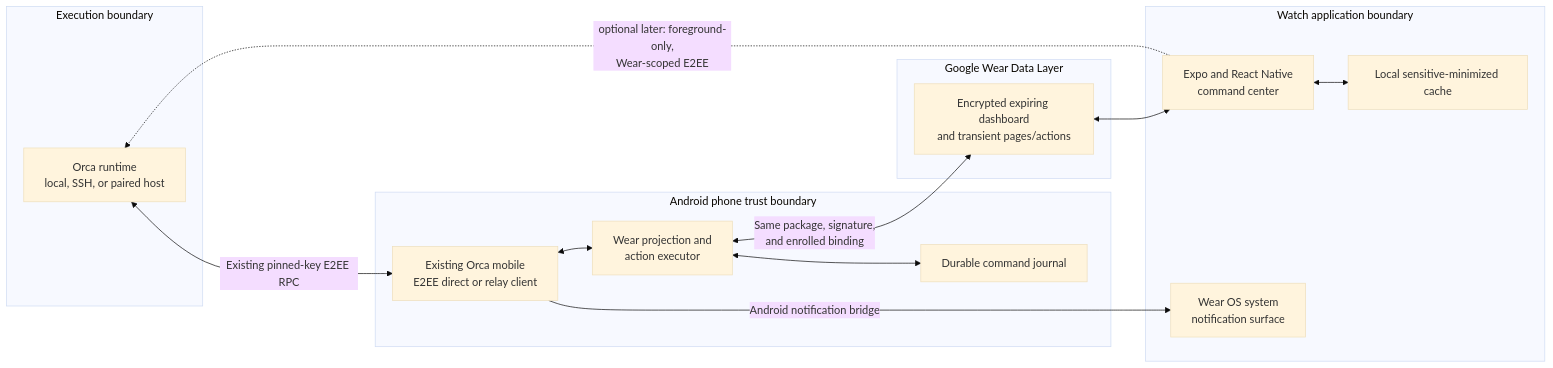
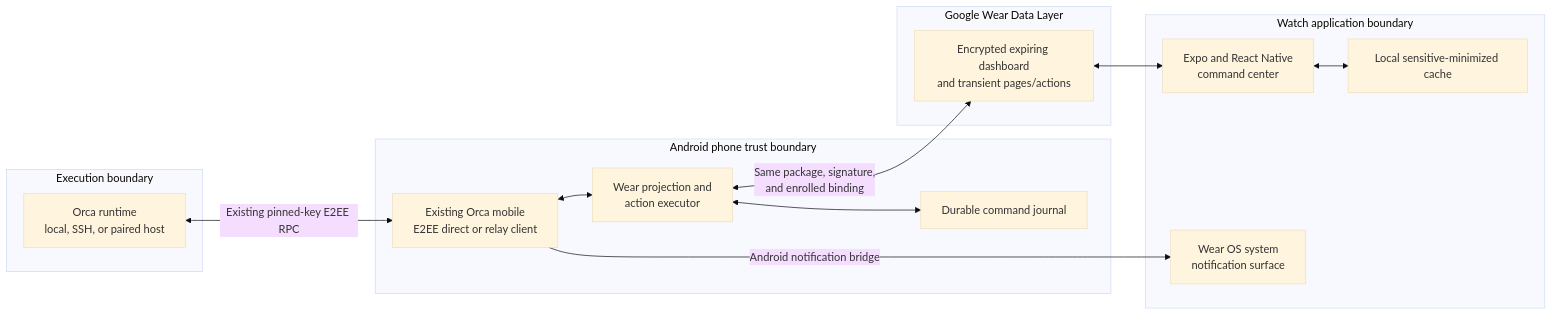
The first of 3 diagrams in docs/wear-os-command-center-plan.md (Dhi13man/orca), drawn with Mermaid (base theme) before and after one commit. The commit also changed other lines of this file, not shown here.

First line of the commit message:
docs(wear): fix contradictions flagged after coherence rejection

````diff
--- a/docs/wear-os-command-center-plan.md
+++ b/docs/wear-os-command-center-plan.md
@@ -138,32 +139,30 @@
 ```mermaid
 flowchart LR
   subgraph H[Execution boundary]
     R[Orca runtime<br/>local, SSH, or paired host]
   end
 
   subgraph P[Android phone trust boundary]
     M[Existing Orca mobile<br/>E2EE direct or relay client]
     X[Wear projection and<br/>action executor]
     J[Durable command journal]
     M <--> X
     X <--> J
   end
 
   subgraph G[Google Wear Data Layer]
     D[Encrypted expiring dashboard<br/>and transient pages/actions]
   end
 
   subgraph W[Watch application boundary]
     C[Expo and React Native<br/>command center]
     K[Local sensitive-minimized cache]
     S[Wear OS system<br/>notification surface]
     C <--> K
   end
 
   R <-->|Existing pinned-key E2EE RPC| M
   X <-->|Same package, signature,<br/>and enrolled binding| D
   D <--> C
   M -->|Android notification bridge| S
-
-  C -. optional later: foreground-only,<br/>Wear-scoped E2EE .-> R
 ```
````
